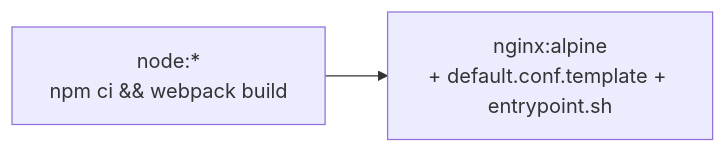
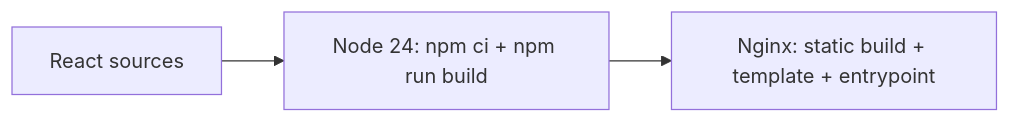
Before and after one commit to yellow444/epgu: the second of 2 diagrams in docs/deployment.md, drawn with Mermaid. The commit also changed other lines of this file and 128 other files, not shown here.

````diff
--- a/docs/deployment.md
+++ b/docs/deployment.md
@@ -45,6 +48,5 @@
 ```mermaid
 flowchart LR
-    Build["node:*
-npm ci && webpack build"] --> Nginx["nginx:alpine
-+ default.conf.template + entrypoint.sh"]
+    src["React sources"] --> node["Node 24: npm ci + npm run build"]
+    node --> nginx["Nginx: static build + template + entrypoint"]
 ```
````
